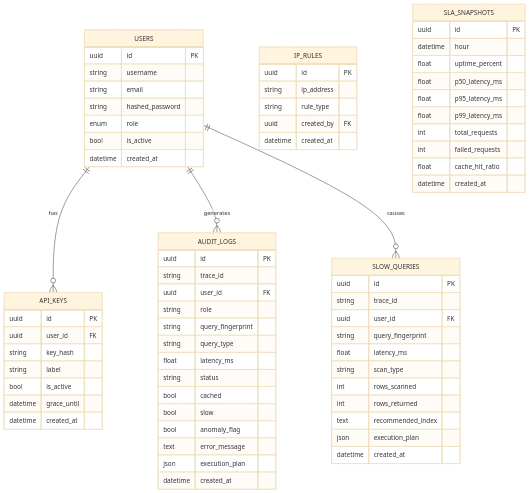
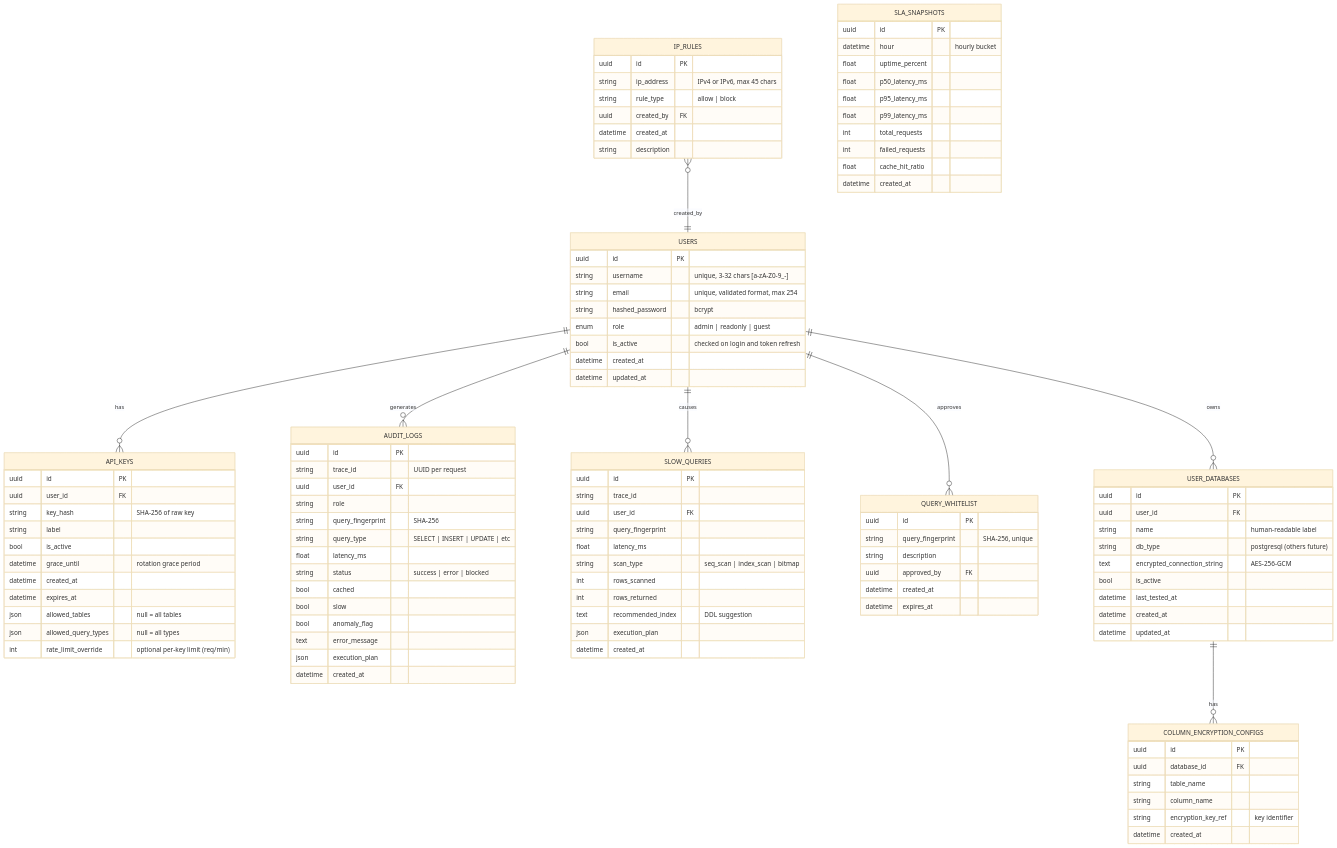
The diagram in docs/diagram/datamodels.md (mmaroof487/SIQG), drawn with Mermaid (base theme) before and after one commit. The commit also changed other lines of this file and 13 other files, not shown here.

````diff
--- a/docs/diagram/datamodels.md
+++ b/docs/diagram/datamodels.md
@@ -19,41 +16,47 @@
 erDiagram
     USERS {
         uuid id PK
-        string username
-        string email
-        string hashed_password
-        enum role
-        bool is_active
+        string username "unique, 3-32 chars [a-zA-Z0-9_-]"
+        string email "unique, validated format, max 254"
+        string hashed_password "bcrypt"
+        enum role "admin | readonly | guest"
+        bool is_active "checked on login and token refresh"
         datetime created_at
+        datetime updated_at
     }
 
     API_KEYS {
         uuid id PK
         uuid user_id FK
-        string key_hash
+        string key_hash "SHA-256 of raw key"
         string label
         bool is_active
-        datetime grace_until
+        datetime grace_until "rotation grace period"
         datetime created_at
+        datetime expires_at
+        json allowed_tables "null = all tables"
+        json allowed_query_types "null = all types"
+        int rate_limit_override "optional per-key limit (req/min)"
     }
 
     IP_RULES {
         uuid id PK
-        string ip_address
-        string rule_type
+        string ip_address "IPv4 or IPv6, max 45 chars"
+        string rule_type "allow | block"
         uuid created_by FK
         datetime created_at
+        string description
     }
 
     AUDIT_LOGS {
         uuid id PK
-        string trace_id
+        string trace_id "UUID per request"
         uuid user_id FK
         string role
-        string query_fingerprint
-        string query_type
+        string query_fingerprint "SHA-256"
+        string query_type "SELECT | INSERT | UPDATE | etc"
         float latency_ms
-        string status
+        string status "success | error | blocked"
         bool cached
         bool slow
         bool anomaly_flag
@@ -68,17 +71,17 @@
         uuid user_id FK
         string query_fingerprint
         float latency_ms
-        string scan_type
+        string scan_type "seq_scan | index_scan | bitmap"
         int rows_scanned
         int rows_returned
-        text recommended_index
+        text recommended_index "DDL suggestion"
         json execution_plan
         datetime created_at
     }
 
     SLA_SNAPSHOTS {
         uuid id PK
-        datetime hour
+        datetime hour "hourly bucket"
         float uptime_percent
         float p50_latency_ms
         float p95_latency_ms
@@ -89,7 +92,41 @@
         datetime created_at
     }
 
+    QUERY_WHITELIST {
+        uuid id PK
+        string query_fingerprint "SHA-256, unique"
+        string description
+        uuid approved_by FK
+        datetime created_at
+        datetime expires_at
+    }
+
+    USER_DATABASES {
+        uuid id PK
+        uuid user_id FK
+        string name "human-readable label"
+        string db_type "postgresql (others future)"
+        text encrypted_connection_string "AES-256-GCM"
+        bool is_active
+        datetime last_tested_at
+        datetime created_at
+        datetime updated_at
+    }
+
+    COLUMN_ENCRYPTION_CONFIGS {
+        uuid id PK
+        uuid database_id FK
+        string table_name
+        string column_name
+        string encryption_key_ref "key identifier"
+        datetime created_at
+    }
+
     USERS ||--o{ API_KEYS : "has"
     USERS ||--o{ AUDIT_LOGS : "generates"
     USERS ||--o{ SLOW_QUERIES : "causes"
+    USERS ||--o{ USER_DATABASES : "owns"
+    USERS ||--o{ QUERY_WHITELIST : "approves"
+    IP_RULES }o--|| USERS : "created_by"
+    USER_DATABASES ||--o{ COLUMN_ENCRYPTION_CONFIGS : "has"
 ```
````
